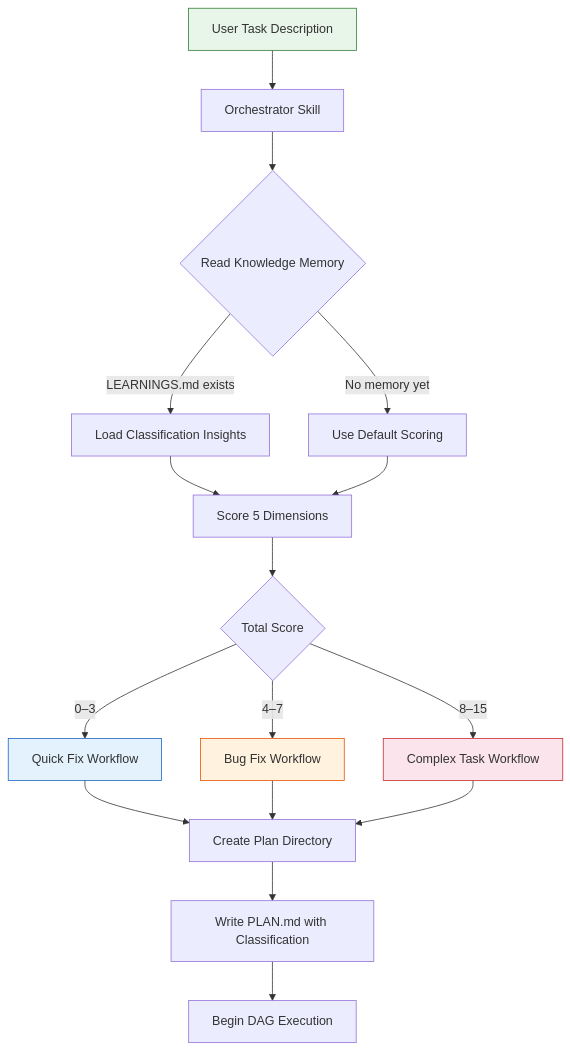
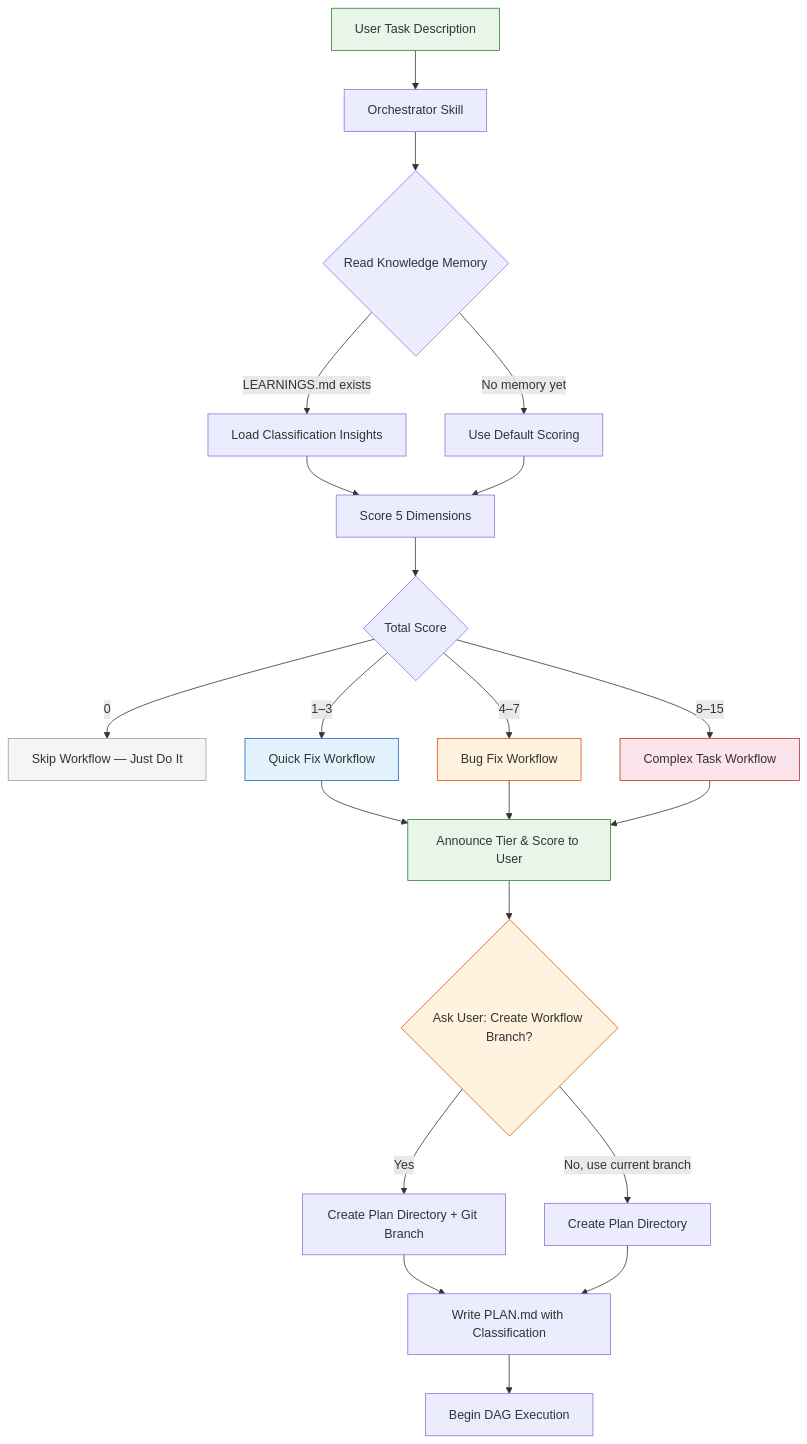
One commit to eskarlat/rex changed the first of 6 diagrams in renre-kit-architecture/diagrams/developer-workflow-dfd.md. Above: the diagram before and after it, drawn with Mermaid. The commit also changed 1 other file, not shown here.

Commit message:
Add system interaction diagrams for developer workflow
New diagram file showing how commands, skills, and hooks form a
feedback loop to coordinate agent teams:
1. Core feedback loop (Hook → Command → Skill → Command → Hook)
2. Full bug fix sequence annotated with tool types per step
3. Interruption/resume showing hook safety net
4. Agent team communication pattern with dashboard data flow
5. Tool type responsibility matrix per workflow phase
6. Dashboard data flow from hooks to UI widgets
7. Concurrent workflow isolation

Also updates classification DFD to reflect score-0 skip and
branch creation question from ADR-007.

https://claude.ai/code/session_011PQxNP3QodA8xyUAa9Z3LL

````diff
--- a/renre-kit-architecture/diagrams/developer-workflow-dfd.md
+++ b/renre-kit-architecture/diagrams/developer-workflow-dfd.md
@@ -13,23 +13,31 @@
 ```mermaid
 flowchart TD
     A[User Task Description] --> B[Orchestrator Skill]
     B --> C{Read Knowledge Memory}
     C --> |LEARNINGS.md exists| D[Load Classification Insights]
     C --> |No memory yet| E[Use Default Scoring]
     D --> F[Score 5 Dimensions]
     E --> F
     F --> G{Total Score}
-    G --> |0–3| H[Quick Fix Workflow]
+    G --> |0| SKIP[Skip Workflow — Just Do It]
+    G --> |1–3| H[Quick Fix Workflow]
     G --> |4–7| I[Bug Fix Workflow]
     G --> |8–15| J[Complex Task Workflow]
-    H --> K[Create Plan Directory]
-    I --> K
-    J --> K
-    K --> L[Write PLAN.md with Classification]
+    H --> ANN[Announce Tier & Score to User]
+    I --> ANN
+    J --> ANN
+    ANN --> BR{Ask User: Create Workflow Branch?}
+    BR --> |Yes| K1[Create Plan Directory + Git Branch]
+    BR --> |No, use current branch| K2[Create Plan Directory]
+    K1 --> L[Write PLAN.md with Classification]
+    K2 --> L
     L --> M[Begin DAG Execution]
 
     style A fill:#e8f5e9,stroke:#2e7d32
+    style SKIP fill:#f5f5f5,stroke:#9e9e9e
     style H fill:#e3f2fd,stroke:#1565c0
     style I fill:#fff3e0,stroke:#e65100
     style J fill:#fce4ec,stroke:#c62828
+    style ANN fill:#e8f5e9,stroke:#2e7d32
+    style BR fill:#fff3e0,stroke:#e65100
 ```
````
